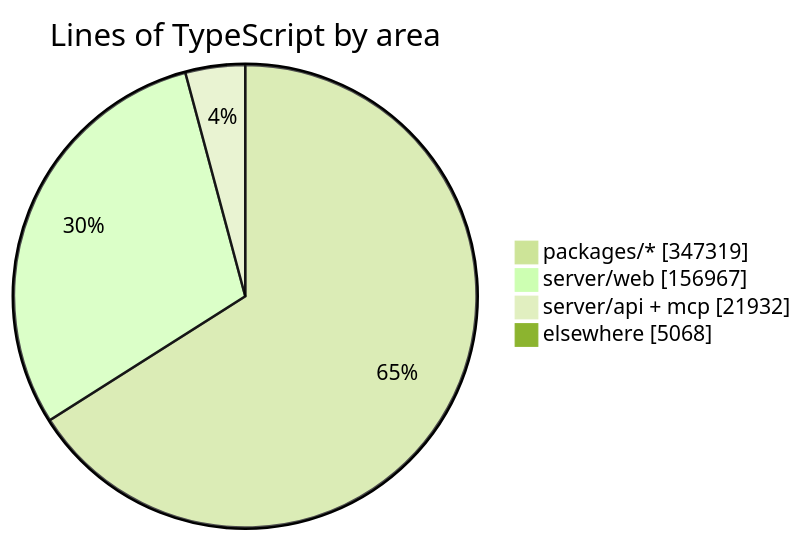
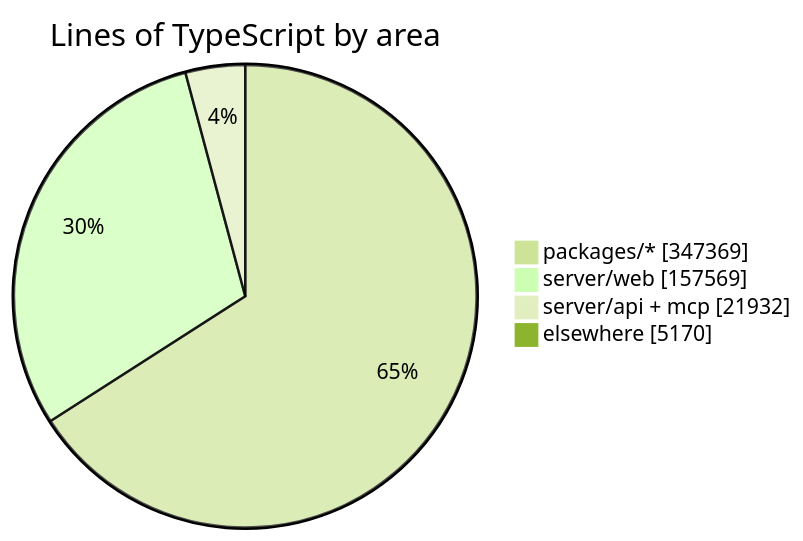
One commit to crossworks-engineering/mantle changed the diagram in README.md. Above: the diagram before and after it, drawn with Mermaid (forest theme). The commit also changed other lines of this file and 2 other files, not shown here.

````diff
--- a/README.md
+++ b/README.md
@@ -294,7 +294,7 @@
 ```mermaid
 pie showData title Lines of TypeScript by area
-    "packages/*" : 347319
-    "server/web" : 156967
+    "packages/*" : 347369
+    "server/web" : 157569
     "server/api + mcp" : 21932
-    "elsewhere" : 5068
+    "elsewhere" : 5170
 ```
````
